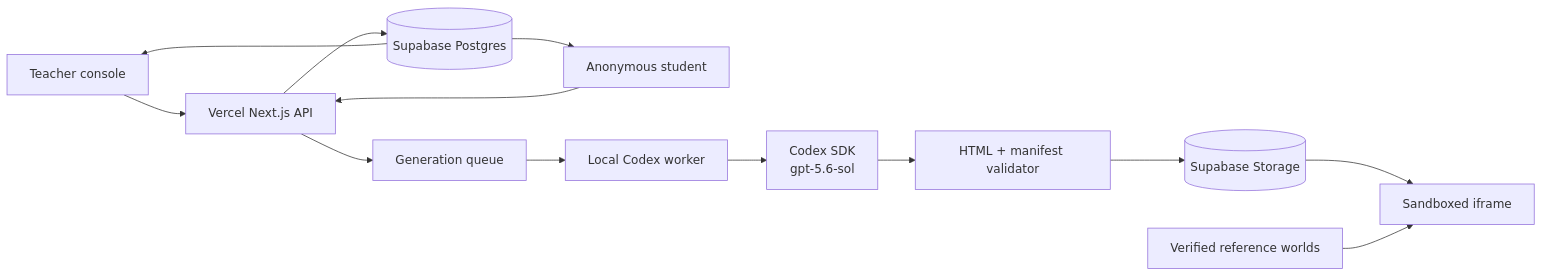
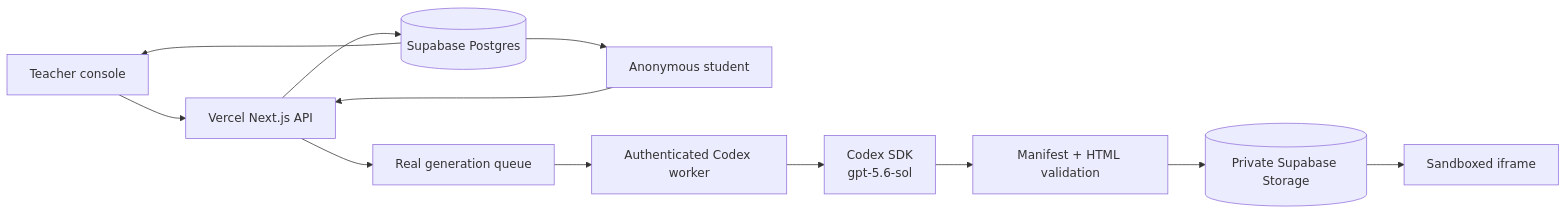
One commit to AdarshSingh-ASR/CounterWorlds changed the diagram in README.md. Above: the diagram before and after it, drawn with Mermaid. The commit also changed other lines of this file and 12 other files, not shown here.

````diff
--- a/README.md
+++ b/README.md
@@ -25,15 +31,14 @@
 ```mermaid
 flowchart LR
   T[Teacher console] --> API[Vercel Next.js API]
   S[Anonymous student] --> API
   API --> PG[(Supabase Postgres)]
-  API --> J[Generation queue]
-  J --> W[Local Codex worker]
+  API --> J[Real generation queue]
+  J --> W[Authenticated Codex worker]
   W --> C[Codex SDK\ngpt-5.6-sol]
-  C --> V[HTML + manifest validator]
-  V --> ST[(Supabase Storage)]
+  C --> V[Manifest + HTML validation]
+  V --> ST[(Private Supabase Storage)]
   ST --> I[Sandboxed iframe]
   PG --> T
   PG --> S
-  F[Verified reference worlds] --> I
 ```
````
